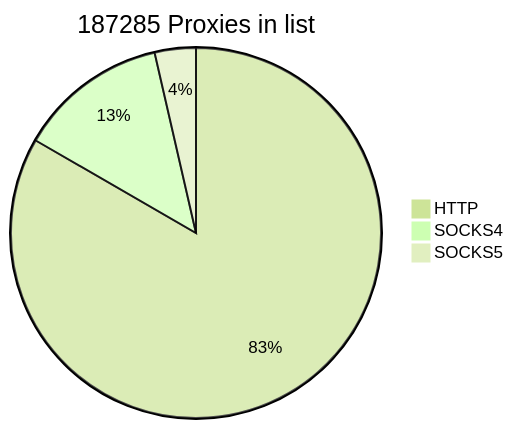
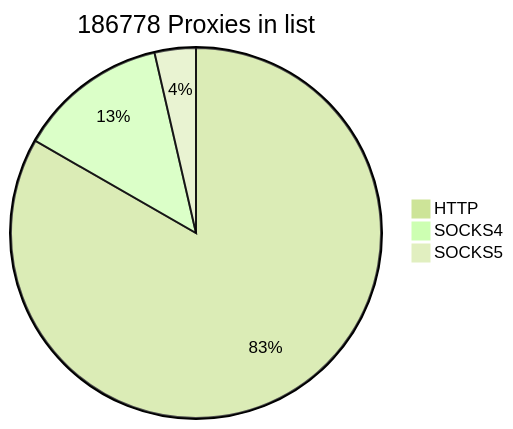
Before and after one commit to cutipu/proxylist: the first of 2 diagrams in README.md, drawn with Mermaid (forest theme). The commit also changed other lines of this file, not shown here.

````diff
--- a/README.md
+++ b/README.md
@@ -2,7 +2,7 @@
 ```mermaid
-pie title 187285 Proxies in list
-    "HTTP" : 156072
+pie title 186778 Proxies in list
+    "HTTP" : 155565
     "SOCKS4" : 24487
     "SOCKS5" : 6726
             
 ```
````
